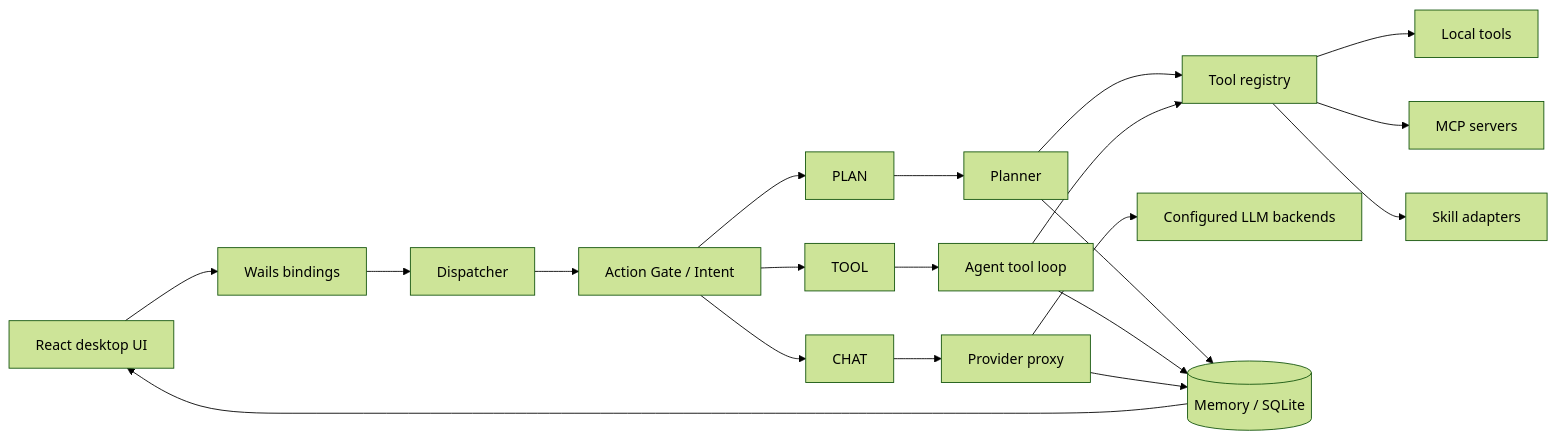
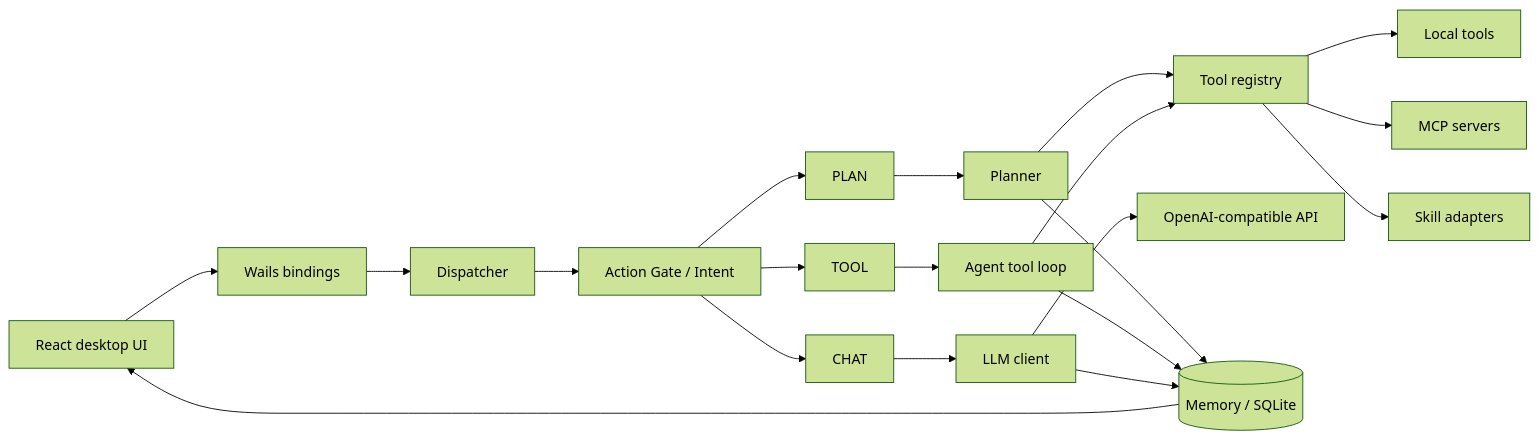
Before and after one commit to xumi30/leiAgentAPP: the diagram in README.md, drawn with Mermaid (forest theme). The commit also changed other lines of this file and 48 other files, not shown here.

Commit message:
Simplify LLM integration and remove Proxy-LB

````diff
--- a/README.md
+++ b/README.md
@@ -23,22 +23,22 @@
 ```mermaid
 flowchart LR
     UI[React desktop UI] --> Bridge[Wails bindings]
     Bridge --> Dispatcher
     Dispatcher --> Gate[Action Gate / Intent]
     Gate --> Chat[CHAT]
     Gate --> Plan[PLAN]
     Gate --> Tool[TOOL]
-    Chat --> Proxy[Provider proxy]
+    Chat --> Client[LLM client]
     Plan --> Planner
     Tool --> Agent[Agent tool loop]
     Planner --> Registry[Tool registry]
     Agent --> Registry
     Registry --> Local[Local tools]
     Registry --> MCP[MCP servers]
     Registry --> Skills[Skill adapters]
-    Proxy --> LLM[Configured LLM backends]
+    Client --> LLM[OpenAI-compatible API]
     Planner --> Memory[(Memory / SQLite)]
     Agent --> Memory
-    Proxy --> Memory
+    Client --> Memory
     Memory --> UI
 ```
````
